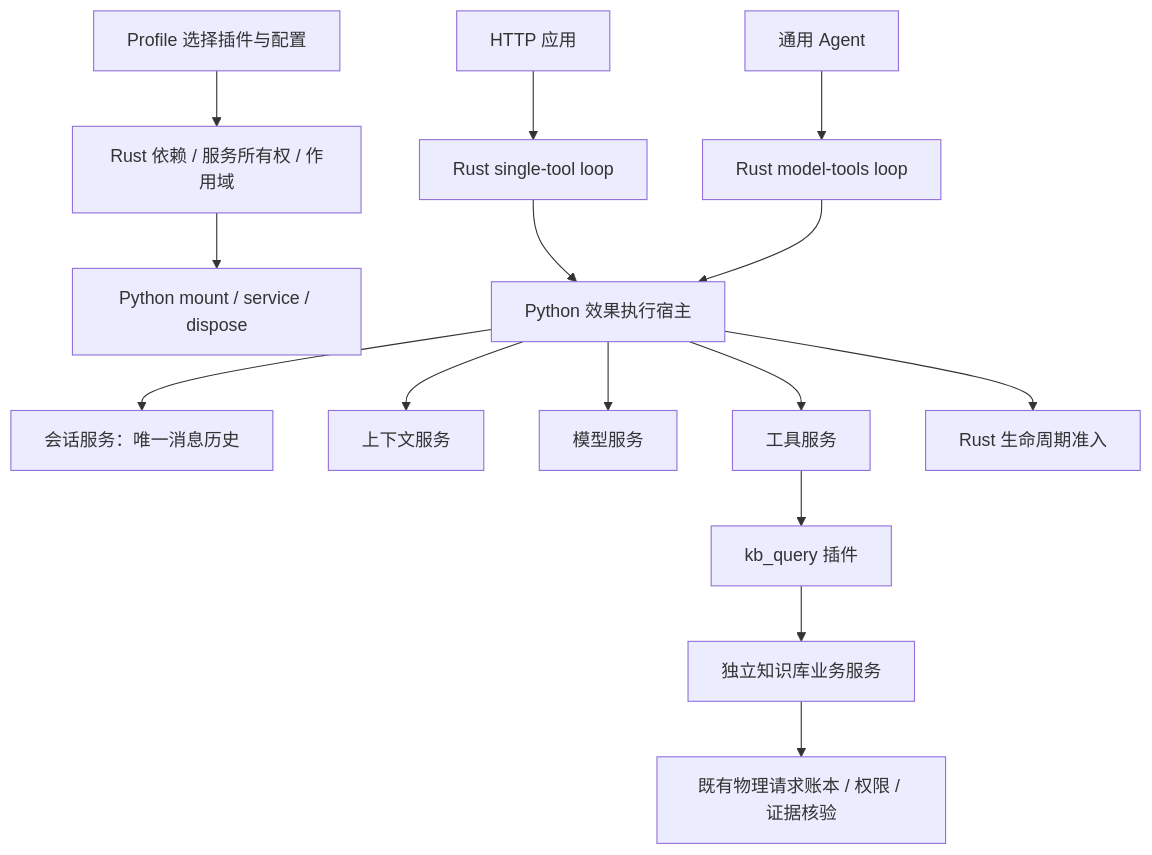
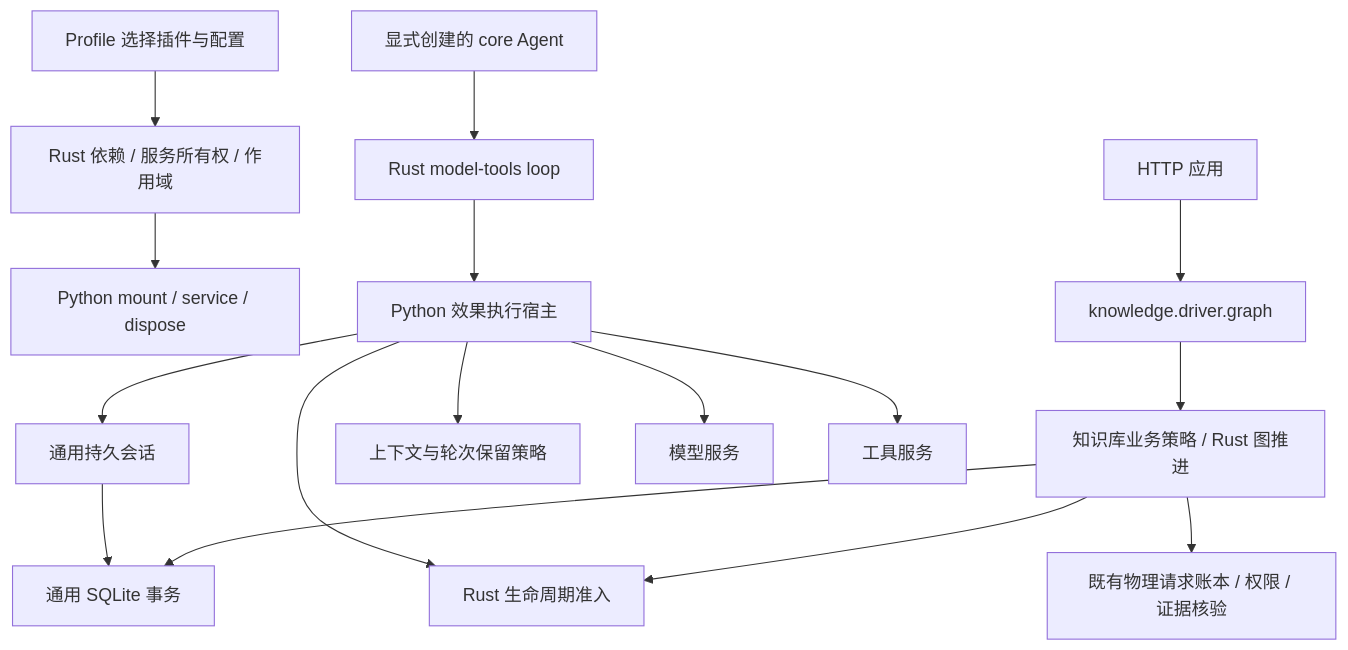
The first of 2 diagrams in docs/rust-agent-runtime.md (Hubujiu/evidence-kb), drawn with Mermaid before and after one commit. The commit also changed other lines of this file and 44 other files, not shown here.

First line of the commit message:
refactor: compose knowledge and standalone agent bundles (#12)

````diff
--- a/docs/rust-agent-runtime.md
+++ b/docs/rust-agent-runtime.md
@@ -13,17 +13,18 @@
 ```mermaid
 flowchart TB
     Profile[Profile 选择插件与配置] --> Host[Rust 依赖 / 服务所有权 / 作用域]
     Host --> Mount[Python mount / service / dispose]
-    API[HTTP 应用] --> Single[Rust single-tool loop]
-    Generic[通用 Agent] --> ModelLoop[Rust model-tools loop]
-    Single --> Effects[Python 效果执行宿主]
-    ModelLoop --> Effects
-    Effects --> Sessions[会话服务：唯一消息历史]
-    Effects --> Prompt[上下文服务]
+    API[HTTP 应用] --> Driver[knowledge.driver.graph]
+    Driver --> RAG[知识库业务策略 / Rust 图推进]
+    Generic[显式创建的 core Agent] --> ModelLoop[Rust model-tools loop]
+    ModelLoop --> Effects[Python 效果执行宿主]
+    Effects --> Sessions[通用持久会话]
+    Effects --> Prompt[上下文与轮次保留策略]
     Effects --> Model[模型服务]
     Effects --> Tools[工具服务]
-    Tools --> KB[kb_query 插件]
-    KB --> RAG[独立知识库业务服务]
+    Sessions --> Store[通用 SQLite 事务]
+    RAG --> Store
     Effects --> Kernel[Rust 生命周期准入]
+    RAG --> Kernel
     RAG --> Ledger[既有物理请求账本 / 权限 / 证据核验]
 ```
````
